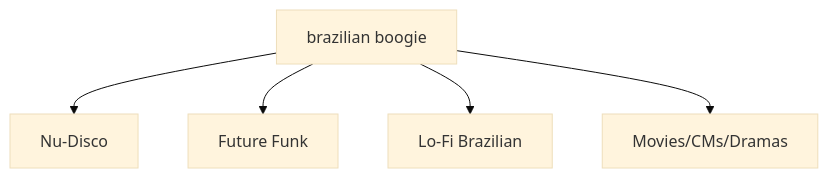
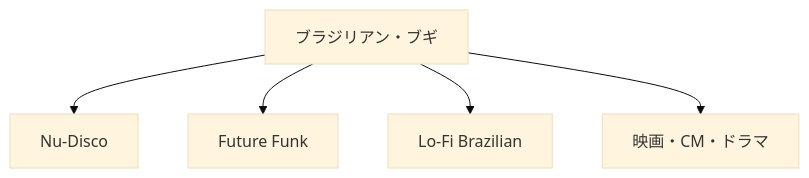
Before and after one commit to monumental-movement/monumental-movement.github.io: the fourth of 4 diagrams in en/_posts/2025-11-30-column-brazilian-boogie-mpb.md, drawn with Mermaid (base theme). The commit also changed other lines of this file and 775 other files, not shown here.

```diff
--- a/en/_posts/2025-11-30-column-brazilian-boogie-mpb.md
+++ b/en/_posts/2025-11-30-column-brazilian-boogie-mpb.md
@@ -163,7 +163,7 @@
 <div class="mermaid">
 graph TD
-    BOOGIE[brazilian boogie] --> NU_DISCO[Nu-Disco]
+    BOOGIE[ブラジリアン・ブギ] --> NU_DISCO[Nu-Disco]
     BOOGIE --> FUTURE_FUNK[Future Funk]
     BOOGIE --> LOFI_BRAZIL[Lo-Fi Brazilian]
-    BOOGIE --> MEDIA[Movies/CMs/Dramas]
+    BOOGIE --> MEDIA[映画・CM・ドラマ]
 </div>
```
